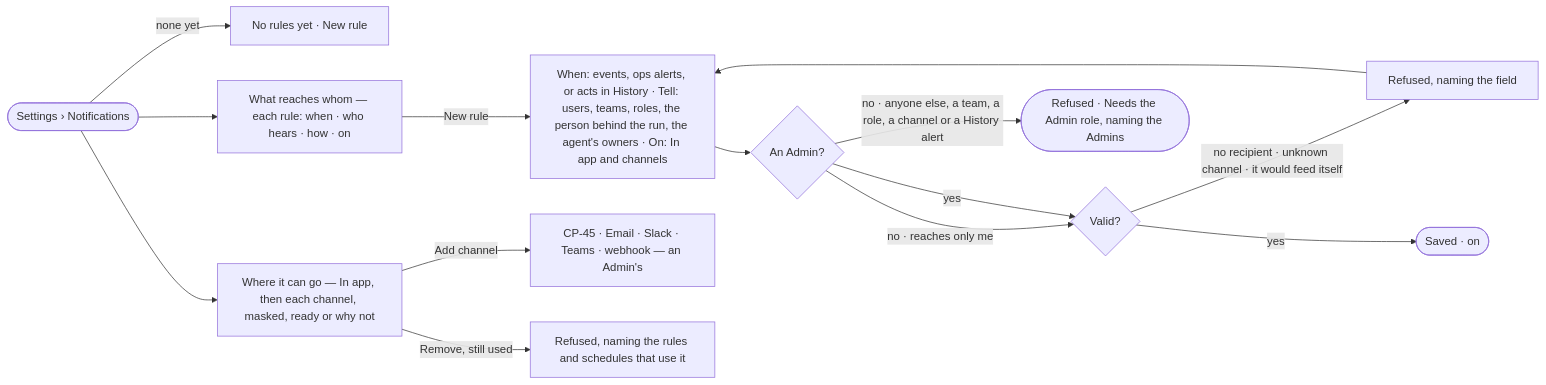
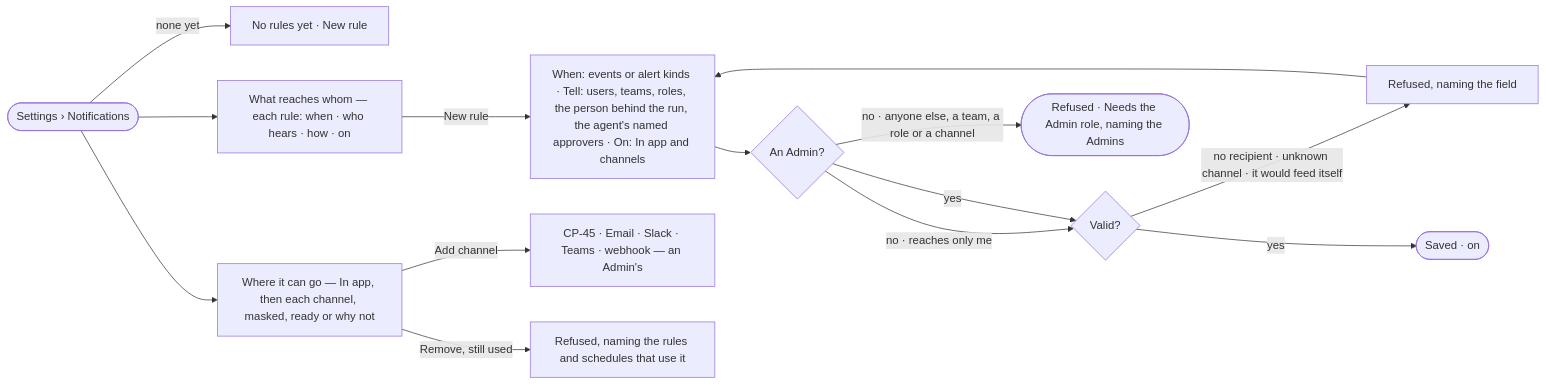
One commit to invana/invana changed the diagram in specs/os/control/features/CP-F08-the-inbox/stories/CP-37-say-which-events-reach-whom-and-where/story.md. Above: the diagram before and after it, drawn with Mermaid. The commit also changed other lines of this file and 300 other files, not shown here.

````diff
--- a/specs/os/control/features/CP-F08-the-inbox/stories/CP-37-say-which-events-reach-whom-and-where/story.md
+++ b/specs/os/control/features/CP-F08-the-inbox/stories/CP-37-say-which-events-reach-whom-and-where/story.md
@@ -26,15 +26,15 @@
 ```mermaid
 flowchart LR
   s([Settings › Notifications]) -->|none yet| e["No rules yet · New rule"]
   s --> r["What reaches whom — each rule: when · who hears · how · on"]
   s --> c["Where it can go — In app, then each channel, masked, ready or why not"]
-  r -->|New rule| n["When: events, ops alerts, or acts in History · Tell: users, teams, roles, the person behind the run, the agent's owners · On: In app and channels"]
+  r -->|New rule| n["When: events or alert kinds · Tell: users, teams, roles, the person behind the run, the agent's named approvers · On: In app and channels"]
   n --> who{"An Admin?"}
   who -->|no · reaches only me| v
-  who -->|no · anyone else, a team, a role, a channel or a History alert| nr(["Refused · Needs the Admin role, naming the Admins"])
+  who -->|no · anyone else, a team, a role or a channel| nr(["Refused · Needs the Admin role, naming the Admins"])
   who -->|yes| v{"Valid?"}
   v -->|no recipient · unknown channel · it would feed itself| x["Refused, naming the field"] --> n
   v -->|yes| ok(["Saved · on"])
   c -->|Add channel| ch["CP-45 · Email · Slack · Teams · webhook — an Admin's"]
   c -->|Remove, still used| used["Refused, naming the rules and schedules that use it"]
 ```
````
